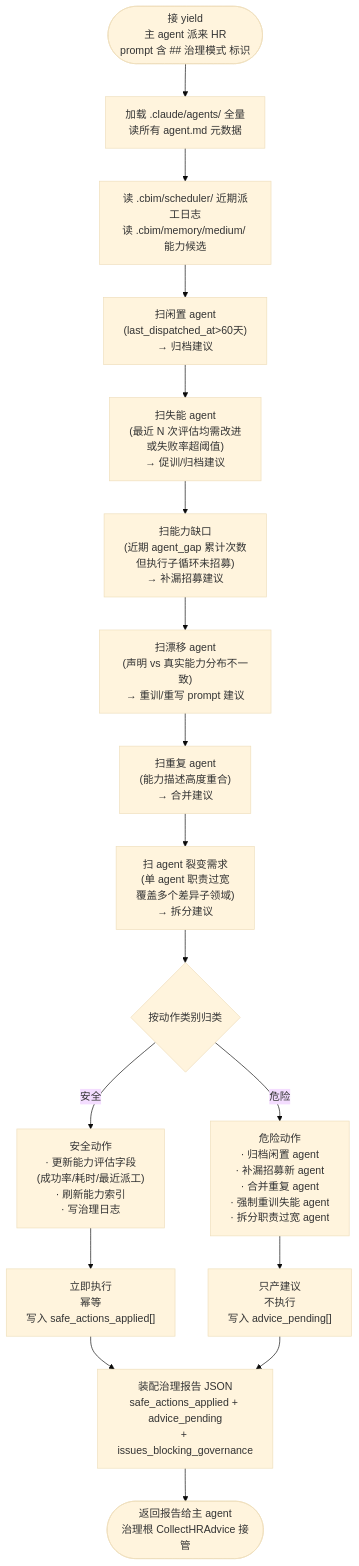
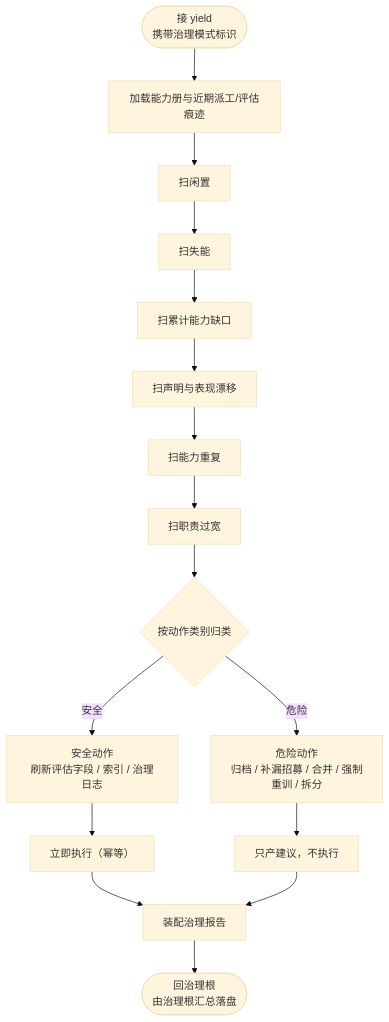
Before and after one commit to nan023062/agent-team-cc: the second of 2 diagrams in design/WORKFLOW-HR.zh-CN.md, drawn with Mermaid (base theme). The commit also changed other lines of this file and 36 other files, not shown here.

````diff
--- a/design/WORKFLOW-HR.zh-CN.md
+++ b/design/WORKFLOW-HR.zh-CN.md
@@ -168,43 +76,27 @@
 ```mermaid
 flowchart TD
-    Yield(["接 yield<br/>主 agent 派来 HR<br/>prompt 含 ## 治理模式 标识"])
+    Yield(["接 yield<br/>携带治理模式标识"])
+    Load["加载能力册与近期派工/评估痕迹"]
 
-    LoadAgents["加载 .claude/agents/ 全量<br/>读所有 agent.md 元数据"]
-    LoadLogs["读 .cbim/scheduler/ 近期派工日志<br/>读 .cbim/memory/medium/ 能力候选"]
-
-    Scan1["扫闲置 agent<br/>(last_dispatched_at>60天)<br/>→ 归档建议"]
-    Scan2["扫失能 agent<br/>(最近 N 次评估均需改进<br/>或失败率超阈值)<br/>→ 促训/归档建议"]
-    Scan3["扫能力缺口<br/>(近期 agent_gap 累计次数<br/>但执行子循环未招募)<br/>→ 补漏招募建议"]
-    Scan4["扫漂移 agent<br/>(声明 vs 真实能力分布不一致)<br/>→ 重训/重写 prompt 建议"]
-    Scan5["扫重复 agent<br/>(能力描述高度重合)<br/>→ 合并建议"]
-    Scan6["扫 agent 裂变需求<br/>(单 agent 职责过宽<br/>覆盖多个差异子领域)<br/>→ 拆分建议"]
+    S1["扫闲置"]
+    S2["扫失能"]
+    S3["扫累计能力缺口"]
+    S4["扫声明与表现漂移"]
+    S5["扫能力重复"]
+    S6["扫职责过宽"]
 
     Classify{"按动作类别归类"}
+    Safe["安全动作<br/>刷新评估字段 / 索引 / 治理日志"]
+    SafeDo["立即执行（幂等）"]
+    Risky["危险动作<br/>归档 / 补漏招募 / 合并 / 强制重训 / 拆分"]
+    Advise["只产建议，不执行"]
 
-    Safe["安全动作<br/>· 更新能力评估字段<br/>  (成功率/耗时/最近派工)<br/>· 刷新能力索引<br/>· 写治理日志"]
-    SafeApply["立即执行<br/>幂等<br/>写入 safe_actions_applied[]"]
+    Build["装配治理报告"]
+    Return(["回治理根<br/>由治理根汇总落盘"])
 
-    Risky["危险动作<br/>· 归档闲置 agent<br/>· 补漏招募新 agent<br/>· 合并重复 agent<br/>· 强制重训失能 agent<br/>· 拆分职责过宽 agent"]
-    RiskyAdvise["只产建议<br/>不执行<br/>写入 advice_pending[]"]
-
-    BuildReport["装配治理报告 JSON<br/>safe_actions_applied + advice_pending<br/>+ issues_blocking_governance"]
-
-    Return(["返回报告给主 agent<br/>治理根 CollectHRAdvice 接管"])
-
-    Yield --> LoadAgents
-    LoadAgents --> LoadLogs
-    LoadLogs --> Scan1
-    Scan1 --> Scan2
-    Scan2 --> Scan3
-    Scan3 --> Scan4
-    Scan4 --> Scan5
-    Scan5 --> Scan6
-    Scan6 --> Classify
-    Classify -->|安全| Safe
-    Classify -->|危险| Risky
-    Safe --> SafeApply
-    Risky --> RiskyAdvise
-    SafeApply --> BuildReport
-    RiskyAdvise --> BuildReport
-    BuildReport --> Return
+    Yield --> Load
+    Load --> S1 --> S2 --> S3 --> S4 --> S5 --> S6 --> Classify
+    Classify -->|安全| Safe --> SafeDo --> Build
+    Classify -->|危险| Risky --> Advise --> Build
+    Build --> Return
 ```
````
